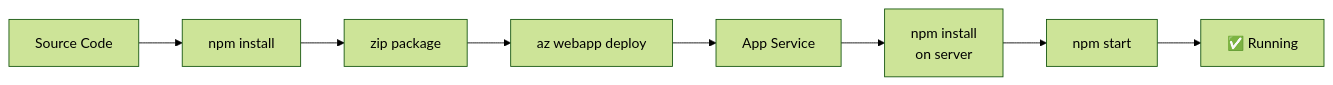
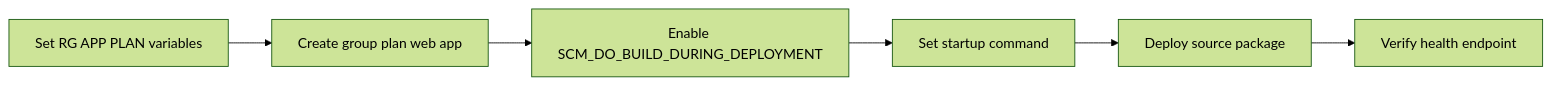
One commit to yeongseon/azure-app-service-practical-guide changed the second of 2 diagrams in docs/language-guides/nodejs/02-first-deploy.md. Above: the diagram before and after it, drawn with Mermaid (forest theme). The commit also changed other lines of this file and 11 other files, not shown here.

````diff
--- a/docs/language-guides/nodejs/02-first-deploy.md
+++ b/docs/language-guides/nodejs/02-first-deploy.md
@@ -56,10 +56,8 @@
 ```mermaid
 flowchart LR
-    A[Source Code] --> B[npm install]
-    B --> C[zip package]
-    C --> D[az webapp deploy]
-    D --> E[App Service]
-    E --> F[npm install<br/>on server]
-    F --> G[npm start]
-    G --> H[✅ Running]
+    A[Set RG APP PLAN variables] --> B[Create group plan web app]
+    B --> C[Enable SCM_DO_BUILD_DURING_DEPLOYMENT]
+    C --> D[Set startup command]
+    D --> E[Deploy source package]
+    E --> F[Verify health endpoint]
 ```
````
